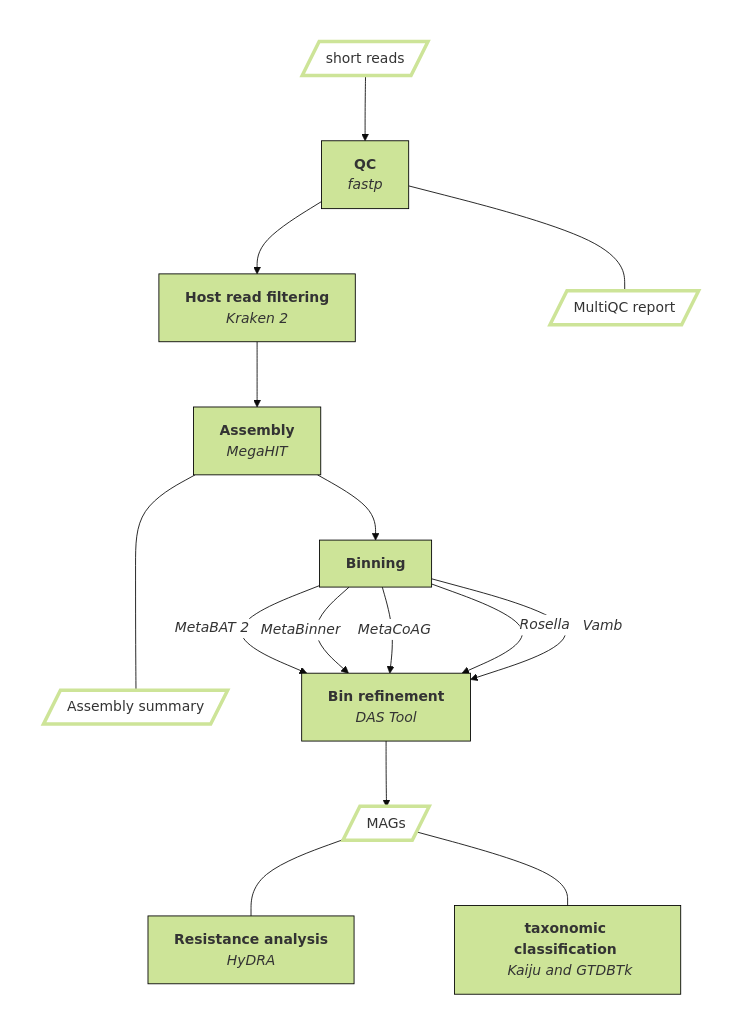
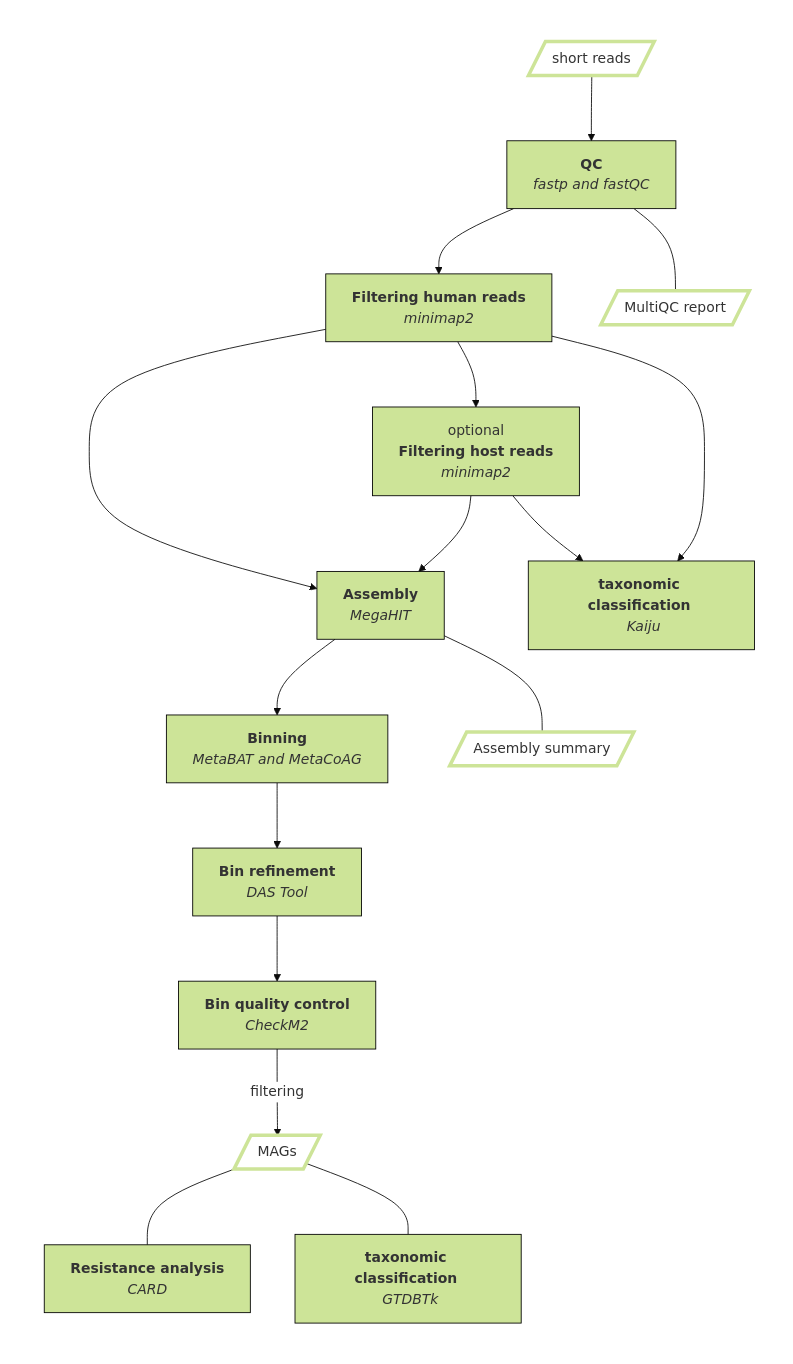
Before and after one commit to alethomas/ResMAG: the diagram in README.md, drawn with Mermaid. The commit also changed other lines of this file and 9 other files, not shown here.

````diff
--- a/README.md
+++ b/README.md
@@ -22,53 +22,57 @@
 ```mermaid
 %%{init: {
    'theme':'base',
    'themeVariables': {
       'secondaryColor': '#fff',
       'tertiaryColor': '#fff',
       'tertiaryBorderColor' : '#fff'}
    }}%%
 
 flowchart TB;
 
    subgraph " "
       direction TB
 
       %% Nodes
       A[/short reads/]
-      B["<b>QC</b> <br> <i>fastp<i>"]
-      C["<b>Host read filtering</b> <br> <i>Kraken 2<i>"]
+      B["<b>QC</b> <br> <i>fastp and fastQC<i>"]
+      C["<b>Filtering human reads</b> <br> <i>minimap2<i>"]
+      L["optional <br> <b>Filtering host reads</b> <br> <i>minimap2<i>"]
+      N["<b>taxonomic classification</b> <br> <i>Kaiju<i>"]
       D["<b>Assembly</b> <br> <i>MegaHIT</i>"]
-      E["<b>Binning</b>"]
+      E["<b>Binning</b>  <br> <i>MetaBAT and MetaCoAG<i>"]
       F["<b>Bin refinement</b> <br> <i>DAS Tool<i>"]
-      G[/MAGs/]
-      H["<b>Resistance analysis</b> <br> <i>HyDRA<i>"]
-      I["<b>taxonomic classification</b> <br> <i>Kaiju and GTDBTk<i>"]
+      G["<b>Bin quality control</b> <br> <i>CheckM2<i>"]
+      M[/MAGs/]
+      H["<b>Resistance analysis</b> <br> <i>CARD<i>"]
+      I["<b>taxonomic classification</b> <br> <i>GTDBTk<i>"]
       J[/MultiQC report/]
       K[/Assembly summary/]
 
       %% input & output node design
       classDef in_output fill:#fff,stroke:#cde498,stroke-width:4px
-      class A,G,J,K in_output
+      class A,J,K,M in_output
       %% rule node design
       classDef rule fill:#cde498,stroke:#000
-      class B,C,D,E,F,H,I rule
+      class B,C,D,E,F,G,H,I,L,N rule
 
       %% Node links
       A --> B
       B --> C
       B --- J
+      C --> L
+      L --> D
+      C --> N
+      L --> N
       C --> D
       D --> E
-      D ---- K
-      E --"<i>MetaBAT 2<i>"--> F
-      E --"<i>MetaBinner<i>"--> F
-      E --"<i>MetaCoAG<i>"--> F
-      E --"<i>Rosella<i>"--> F
-      E --"<i>Vamb<i>"--> F
+      D --- K
+      E --> F
       F --> G
-      G --- H
-      G --- I
+      G --"filtering"--> M
+      M --- H
+      M --- I
 
    end
 
 ```
````
